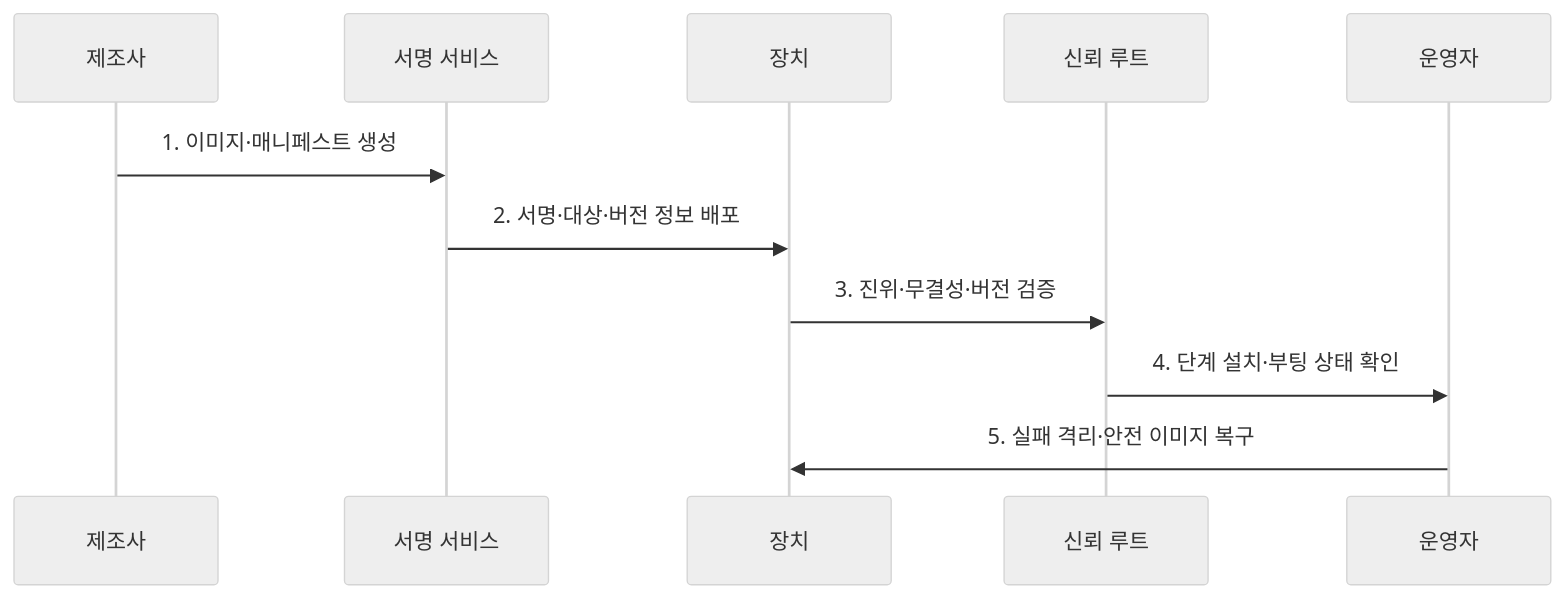
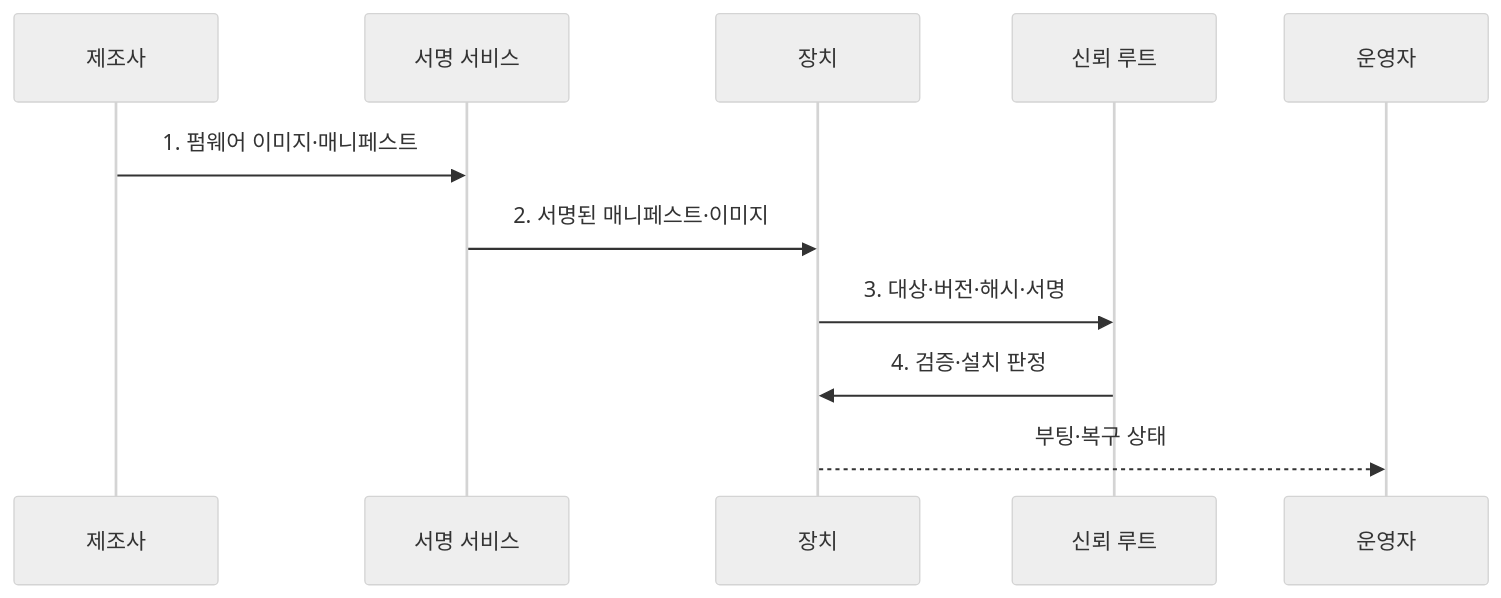
Before and after one commit to agnusdei1207/knowledge-base: the second of 2 diagrams in src/content/docs/notes/05-security/126_firmware_security.md, drawn with Mermaid (neutral theme). The commit also changed other lines of this file and 20 other files, not shown here.

````diff
--- a/src/content/docs/notes/05-security/126_firmware_security.md
+++ b/src/content/docs/notes/05-security/126_firmware_security.md
@@ -81,13 +82,13 @@
 ```mermaid
 sequenceDiagram
   participant M as 제조사
   participant S as 서명 서비스
   participant D as 장치
   participant R as 신뢰 루트
   participant O as 운영자
-  M->>S: 1. 이미지·매니페스트 생성
-  S->>D: 2. 서명·대상·버전 정보 배포
-  D->>R: 3. 진위·무결성·버전 검증
-  R->>O: 4. 단계 설치·부팅 상태 확인
-  O->>D: 5. 실패 격리·안전 이미지 복구
+  M->>S: 1. 펌웨어 이미지·매니페스트
+  S->>D: 2. 서명된 매니페스트·이미지
+  D->>R: 3. 대상·버전·해시·서명
+  R->>D: 4. 검증·설치 판정
+  D-->>O: 부팅·복구 상태
 ```
````
